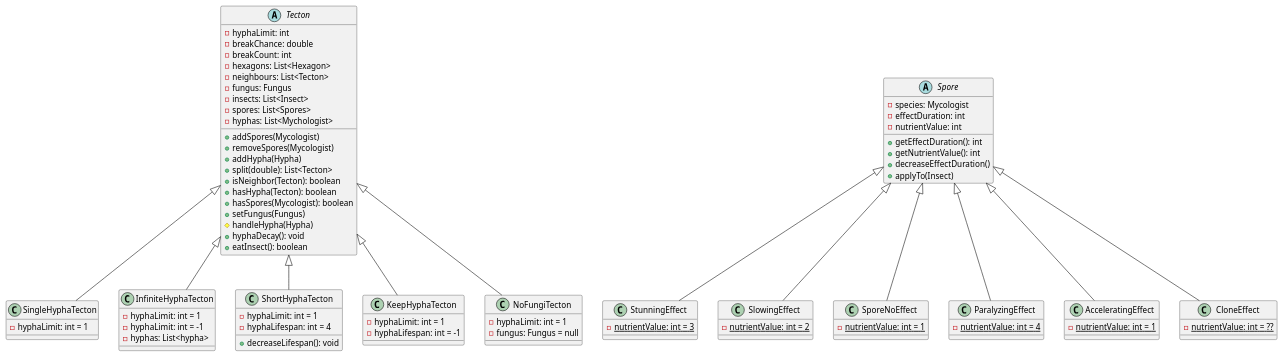
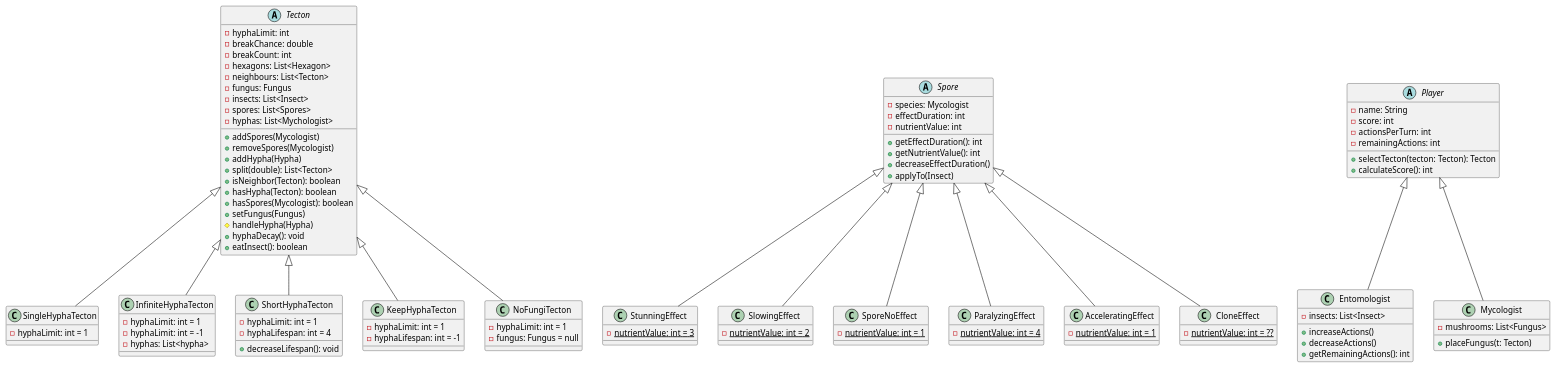
Before and after one commit to hujberhunor/SzomiSztegoProjlab: the diagram in docs/Class/derrived.puml, drawn with PlantUML. The commit also changed 1 other file, not shown here.

Commit message:
Class diagram player leszármazások fix
Player nem volt abstract, nem származtak le belőle: mychologist,
entomologist
Minda  derrived mind pedig a main class diagra rákerült.

```diff
--- a/docs/Class/derrived.puml
+++ b/docs/Class/derrived.puml
@@ -1,77 +1,99 @@
 @startuml
 
 abstract class Tecton {
     - hyphaLimit: int 
     - breakChance: double
     - breakCount: int
     - hexagons: List<Hexagon>
     - neighbours: List<Tecton>
     - fungus: Fungus
     - insects: List<Insect>
     - spores: List<Spores>
     - hyphas: List<Mychologist>
     + addSpores(Mycologist)
     + removeSpores(Mycologist)
     + addHypha(Hypha)
     + split(double): List<Tecton>
     + isNeighbor(Tecton): boolean
     + hasHypha(Tecton): boolean
     + hasSpores(Mycologist): boolean
     + setFungus(Fungus)
     # handleHypha(Hypha)
     + hyphaDecay(): void
     + eatInsect(): boolean
 }
 class SingleHyphaTecton extends Tecton{
     - hyphaLimit: int = 1
 }
 class InfiniteHyphaTecton  extends Tecton{
     - hyphaLimit: int = 1
     - hyphaLimit: int = -1
     - hyphas: List<hypha>
 }
 class ShortHyphaTecton  extends Tecton{
     - hyphaLimit: int = 1
     - hyphaLifespan: int = 4
     + decreaseLifespan(): void 
 }
 class KeepHyphaTecton extends Tecton{ 
     - hyphaLimit: int = 1
     - hyphaLifespan: int = -1
 }
 class NoFungiTecton extends Tecton{
     - hyphaLimit: int = 1
     - fungus: Fungus = null
 }
 
 
 abstract class Spore {
     - species: Mycologist
     - effectDuration: int
     - nutrientValue: int
     + getEffectDuration(): int
     + getNutrientValue(): int
     + decreaseEffectDuration()
     + applyTo(Insect)
 }
 
 class StunningEffect extends Spore{
     {static} - nutrientValue: int = 3
 }
 class SlowingEffect extends Spore{
     {static} - nutrientValue: int = 2
 }
 class SporeNoEffect extends Spore{
     {static} - nutrientValue: int = 1
 }
 class ParalyzingEffect extends Spore{
     {static} - nutrientValue: int = 4
 }
 class AcceleratingEffect extends Spore{
     {static} - nutrientValue: int = 1
 }
 class CloneEffect extends Spore{
     {static} - nutrientValue: int = ??
 }
 
+abstract class Player {
+    - name: String
+    - score: int
+    - actionsPerTurn: int
+    - remainingActions: int
+    + selectTecton(tecton: Tecton): Tecton
+    + calculateScore(): int
+}
+
+class Entomologist extends Player{
+    - insects: List<Insect>
+    + increaseActions()
+    + decreaseActions()
+    + getRemainingActions(): int
+}
+
+class Mycologist extends Player{
+    - mushrooms: List<Fungus>
+    + placeFungus(t: Tecton)
+}
+
+
 @enduml
```
